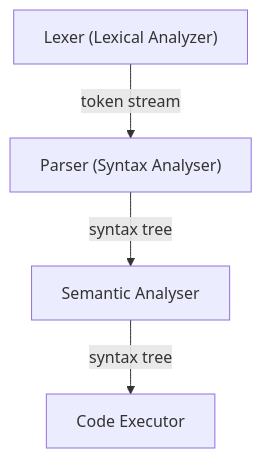
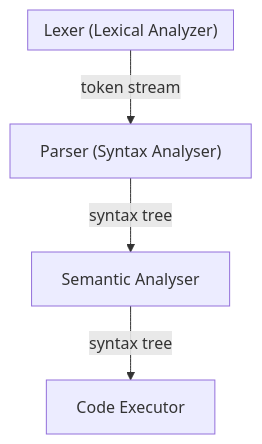
The diagram in docs/02-implementation.md (facelzz/ingopreter), drawn with Mermaid before and after one commit. The commit also changed other lines of this file, not shown here.

Commit message:
feat: start lexer description

````diff
--- a/docs/02-implementation.md
+++ b/docs/02-implementation.md
@@ -3,9 +3,10 @@
 ```mermaid
 flowchart TD
-    lexer["Lexer (Lexical Analyzer)"]
+    subgraph lexer["Lexer (Lexical Analyzer)"]
+    end
     parser["Parser (Syntax Analyser)"]
     semanter["Semantic Analyser"]
     executor["Code Executor"]
     
     lexer-->|token stream|parser-->|syntax tree|semanter-->|syntax tree|executor
 ```
````
